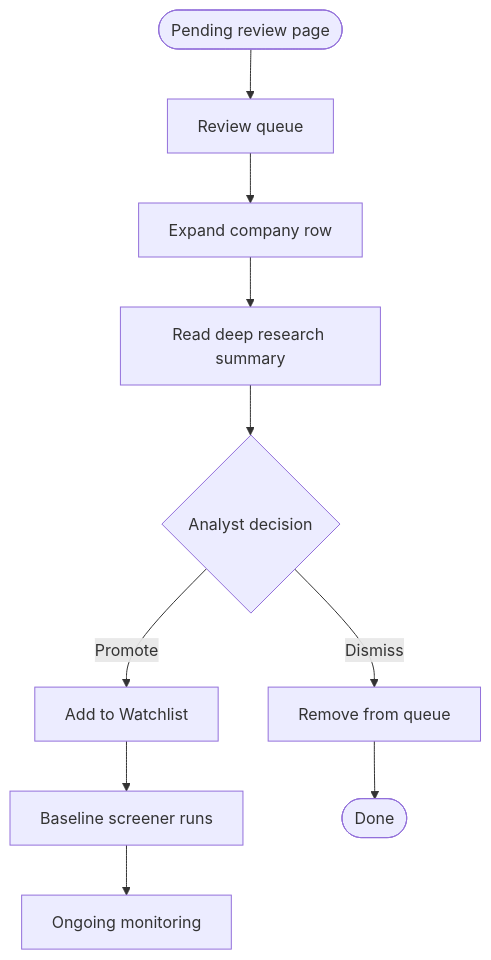
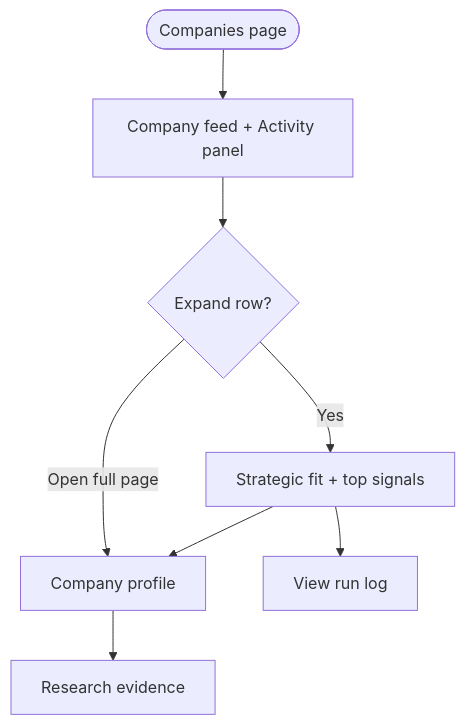
The third of 5 diagrams in docs/phase-1/P1-01-user.md (Growth-Maschine/NORAD-INTEL-ENGINE-V1), drawn with Mermaid before and after one commit. The commit also changed other lines of this file and 12 other files, not shown here.

Commit message:
docs(phase-1): align P1-00 through P1-06 with current single-app build Update workflows, objects, fields, screens, and backend actions to match Web Discovery enrich, Deep research, and retired Today page features.

````diff
--- a/docs/phase-1/P1-01-user.md
+++ b/docs/phase-1/P1-01-user.md
@@ -617,12 +326,10 @@
 ```mermaid
 flowchart TD
-    START([Pending review page]) --> LIST[Review queue]
-    LIST --> EXPAND[Expand company row]
-    EXPAND --> SUMMARY[Read deep research summary]
-    SUMMARY --> DECIDE{Analyst decision}
-    DECIDE -->|Promote| PROMOTE[Add to Watchlist]
-    PROMOTE --> SCREENER[Baseline screener runs]
-    SCREENER --> WATCH[Ongoing monitoring]
-    DECIDE -->|Dismiss| DISMISS[Remove from queue]
-    DISMISS --> END([Done])
+    START([Companies page]) --> FEED[Company feed + Activity panel]
+    FEED --> EXPAND{Expand row?}
+    EXPAND -->|Yes| EXCERPT[Strategic fit + top signals]
+    EXPAND -->|Open full page| PROFILE[Company profile]
+    EXCERPT --> RUNLOG[View run log]
+    EXCERPT --> PROFILE
+    PROFILE --> EVIDENCE[Research evidence]
 ```
````
